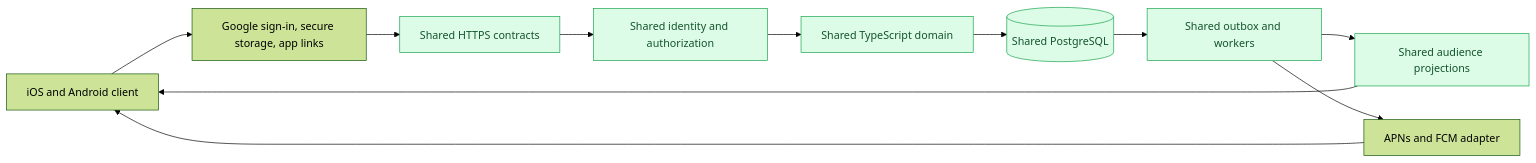
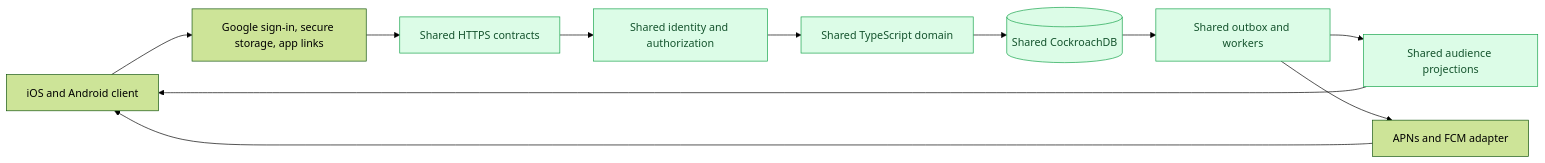
The second of 3 diagrams in wiki/backend-implementation-proposal.md (Cooper2Rich/Docket), drawn with Mermaid (forest theme) before and after one commit. The commit also changed other lines of this file and 11 other files, not shown here.

Commit message:
docs: organize backend architecture wiki

````diff
--- a/wiki/backend-implementation-proposal.md
+++ b/wiki/backend-implementation-proposal.md
@@ -133,16 +264,16 @@
 ```mermaid
 flowchart LR
     Mobile[iOS and Android client] --> Native[Google sign-in, secure storage, app links]
     Native --> API[Shared HTTPS contracts]
     API --> Auth[Shared identity and authorization]
     Auth --> Domain[Shared TypeScript domain]
-    Domain --> DB[(Shared PostgreSQL)]
+    Domain --> DB[(Shared CockroachDB)]
     DB --> Jobs[Shared outbox and workers]
     Jobs --> Views[Shared audience projections]
     Jobs --> Push[APNs and FCM adapter]
     Views --> Mobile
     Push --> Mobile
 
     classDef shared fill:#dcfce7,stroke:#16a34a,color:#14532d;
     class API,Auth,Domain,DB,Jobs,Views shared;
 ```
````
